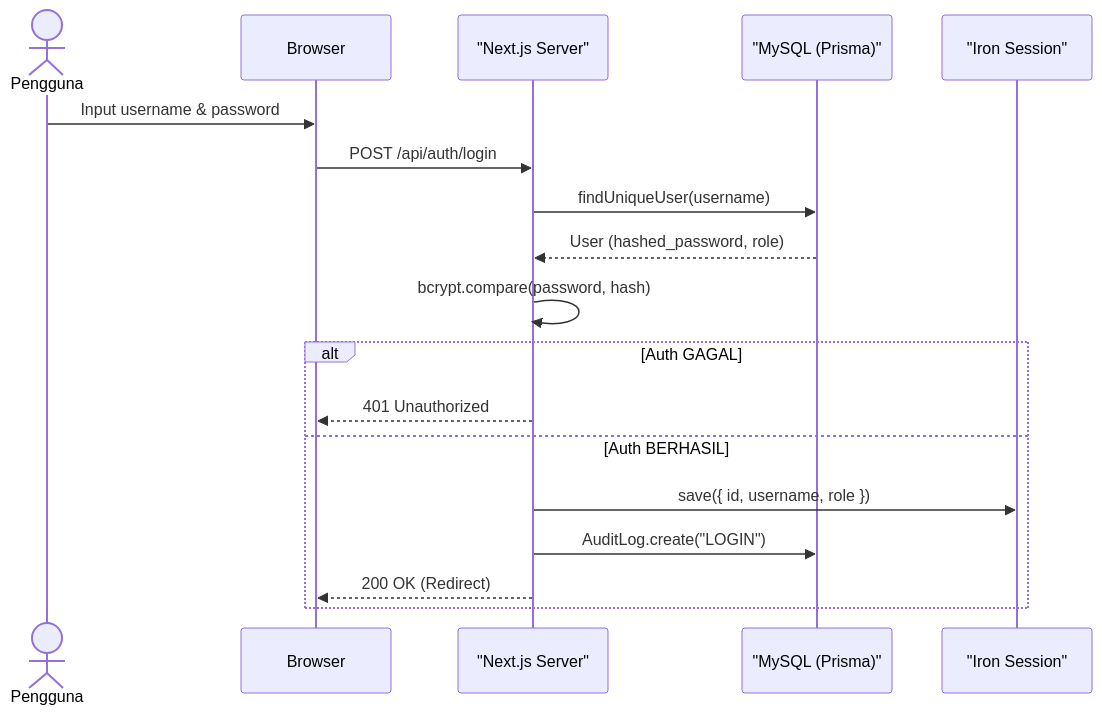
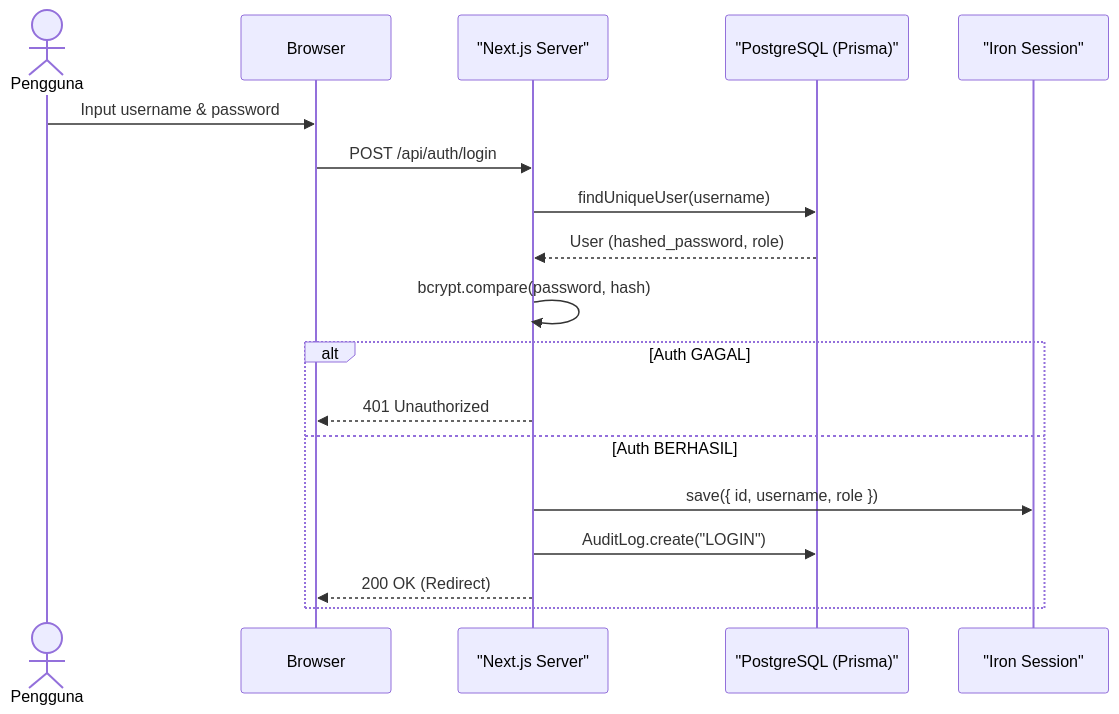
Before and after one commit to Jokiaero/dashboard-gcg: the fourth of 4 diagrams in README.md, drawn with Mermaid. The commit also changed other lines of this file, not shown here.

````diff
--- a/README.md
+++ b/README.md
@@ -108,21 +151,21 @@
 ```mermaid
 sequenceDiagram
     actor Pengguna
     participant Browser
     participant NextJS as "Next.js Server"
-    participant DB as "MySQL (Prisma)"
+    participant DB as "PostgreSQL (Prisma)"
     participant Session as "Iron Session"
 
     Pengguna->>Browser: Input username & password
     Browser->>NextJS: POST /api/auth/login
     NextJS->>DB: findUniqueUser(username)
     DB-->>NextJS: User (hashed_password, role)
     NextJS->>NextJS: bcrypt.compare(password, hash)
     alt Auth GAGAL
         NextJS-->>Browser: 401 Unauthorized
     else Auth BERHASIL
         NextJS->>Session: save({ id, username, role })
         NextJS->>DB: AuditLog.create("LOGIN")
         NextJS-->>Browser: 200 OK (Redirect)
     end
 ```
````
